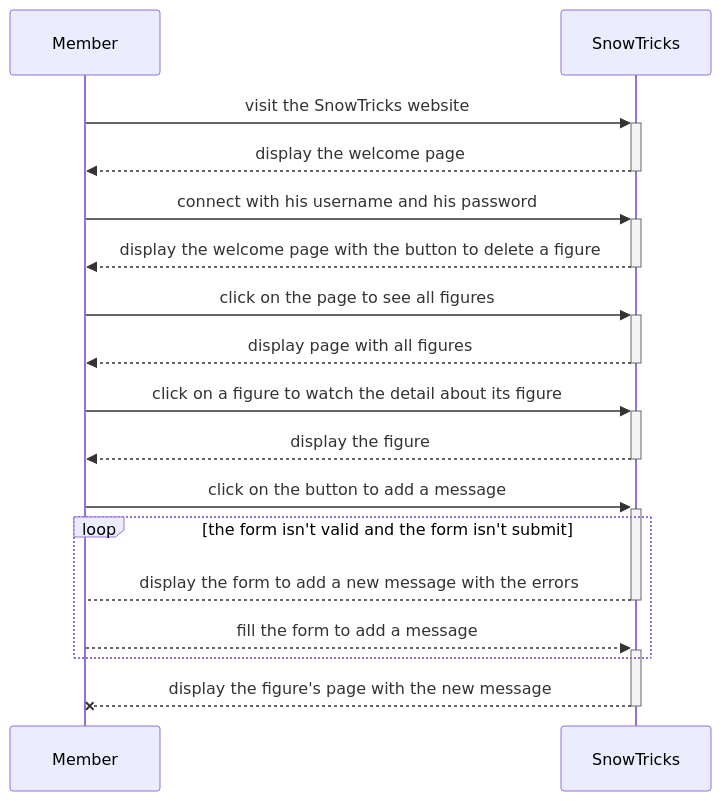
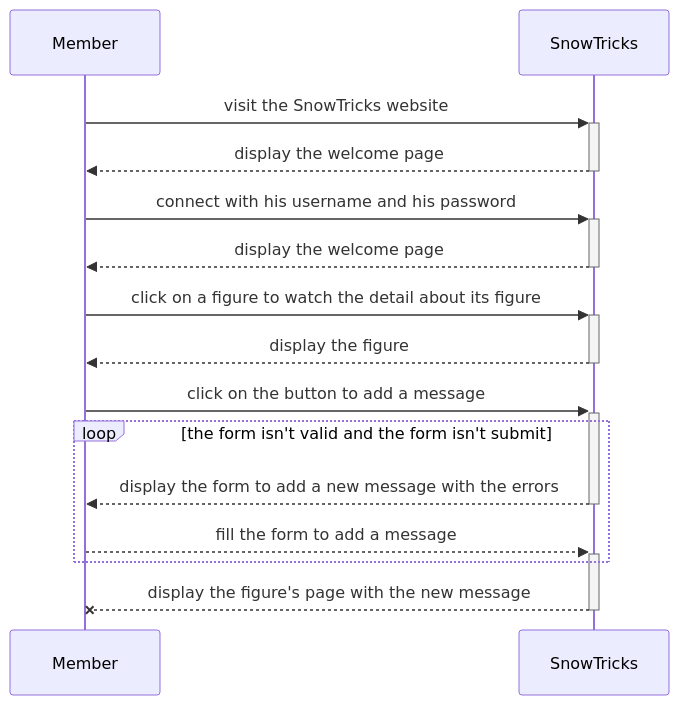
One commit to GabrielSAPONARA/SnowTricks changed the diagram in umlDiagrams/sequenceDiagrams/messageSequenceDiagrams/addMessageSequenceDiagram.mmd. Above: the diagram before and after it, drawn with Mermaid. The commit also changed 10 other files, not shown here.

Commit message:
closes #3, closes #4, closes #14; :wrench: finish sequence, use case and class diagrams

```diff
--- a/umlDiagrams/sequenceDiagrams/messageSequenceDiagrams/addMessageSequenceDiagram.mmd
+++ b/umlDiagrams/sequenceDiagrams/messageSequenceDiagrams/addMessageSequenceDiagram.mmd
@@ -1,15 +1,13 @@
 sequenceDiagram
     Member->>+SnowTricks: visit the SnowTricks website
     SnowTricks-->>-Member: display the welcome page
     Member->>+SnowTricks: connect with his username and his password
-    SnowTricks-->>-Member: display the welcome page with the button to delete a figure
-    Member->>+SnowTricks: click on the page to see all figures
-    SnowTricks-->>-Member: display page with all figures
+    SnowTricks-->>-Member: display the welcome page
     Member->>+SnowTricks: click on a figure to watch the detail about its figure
     SnowTricks -->>- Member: display the figure
     Member ->>+ SnowTricks : click on the button to add a message
     loop the form isn't valid and the form isn't submit
-        SnowTricks -->- Member : display the form to add a new message with the errors
+        SnowTricks -->>- Member : display the form to add a new message with the errors
         Member -->>+ SnowTricks : fill the form to add a message
     end
     SnowTricks --x- Member : display the figure's page with the new message
```
